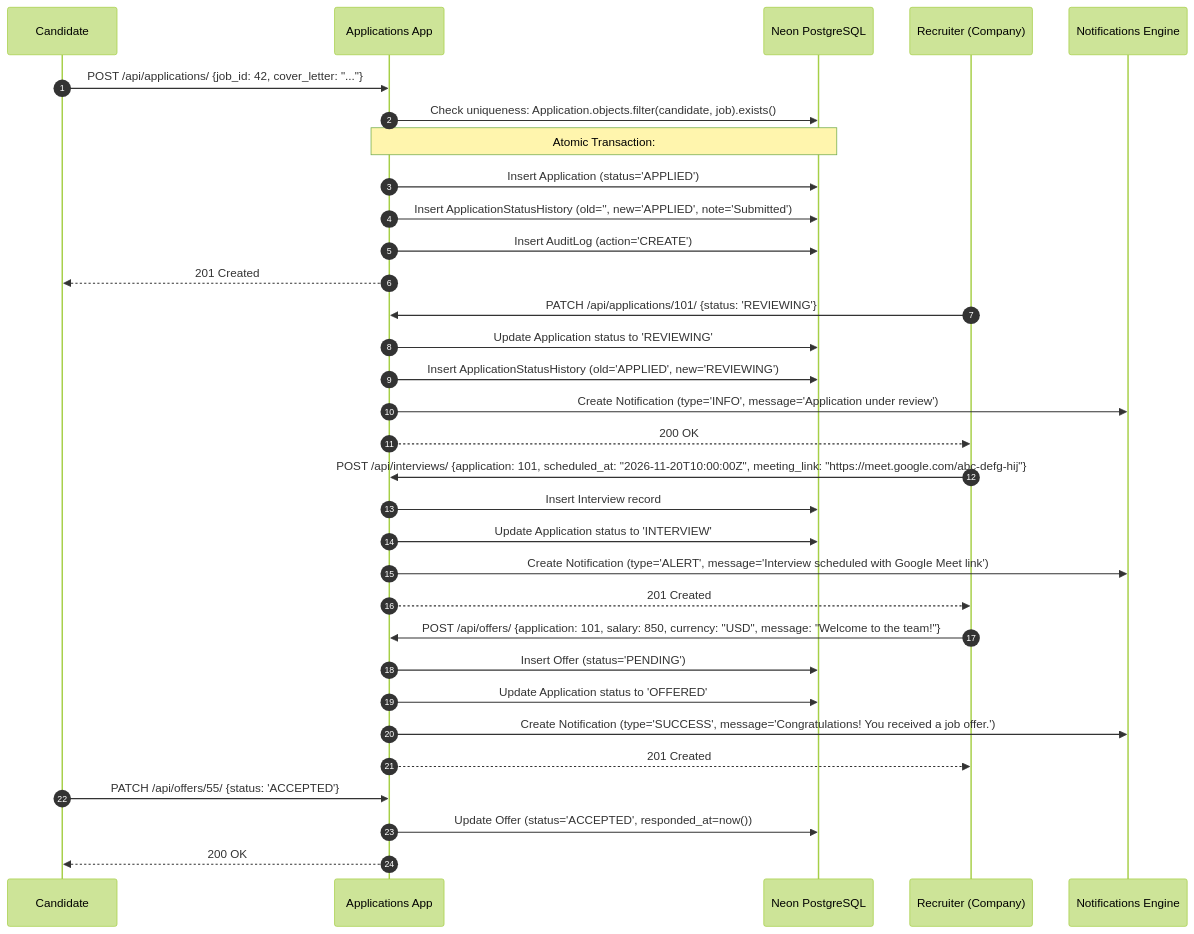
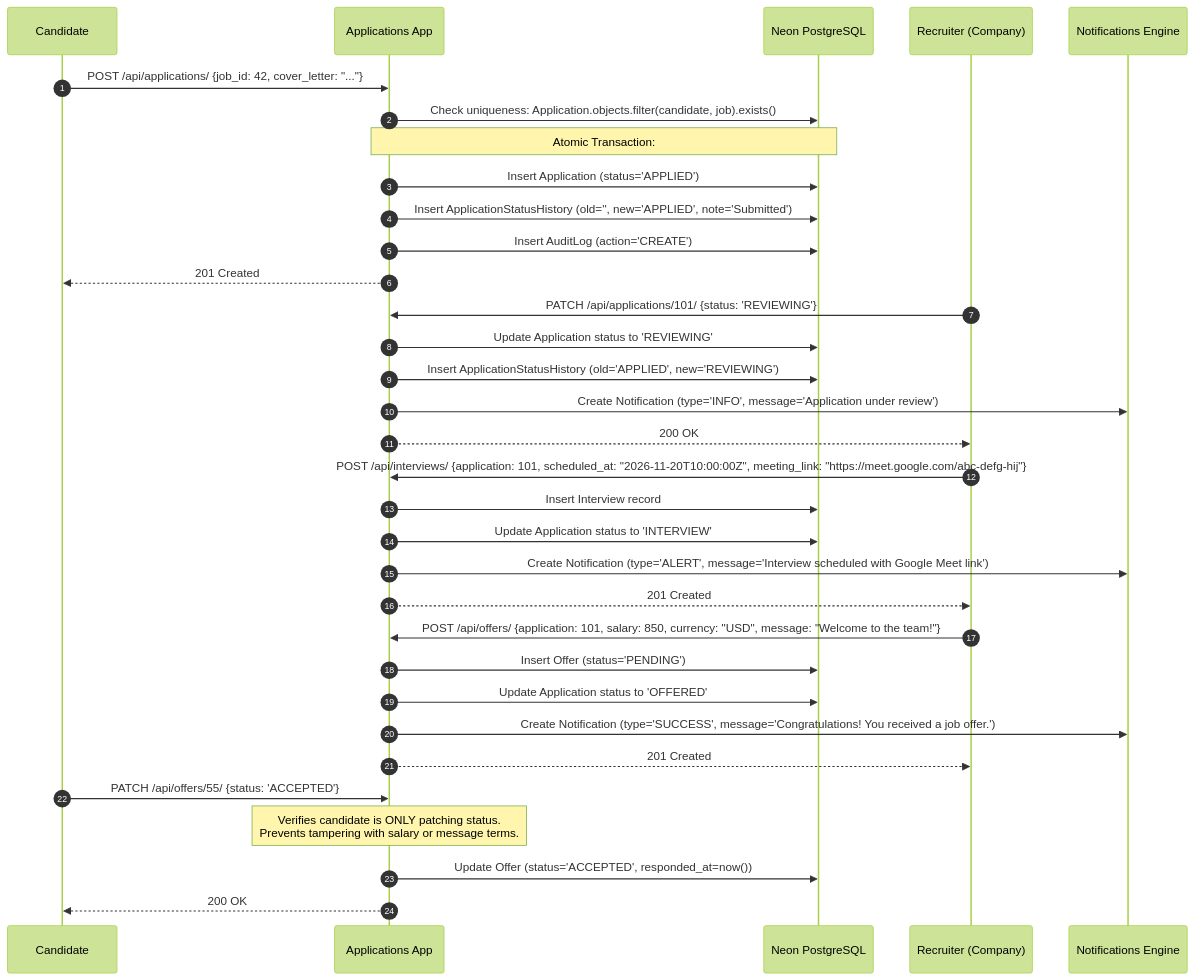
One commit to Laykimhoung/careerlens changed the fifth of 11 diagrams in docs/SYSTEM_FLOWS.md. Above: the diagram before and after it, drawn with Mermaid (forest theme). The commit also changed other lines of this file and 8 other files, not shown here.

````diff
--- a/docs/SYSTEM_FLOWS.md
+++ b/docs/SYSTEM_FLOWS.md
@@ -157,44 +160,45 @@
 ```mermaid
 sequenceDiagram
     autonumber
     participant Student as Candidate
     participant API as Applications App
     participant DB as Neon PostgreSQL
     participant Recruiter as Recruiter (Company)
     participant Notif as Notifications Engine
 
     %% 1. Application Submission
     Student->>API: POST /api/applications/ {job_id: 42, cover_letter: "..."}
     API->>DB: Check uniqueness: Application.objects.filter(candidate, job).exists()
     Note over API,DB: Atomic Transaction:
     API->>DB: Insert Application (status='APPLIED')
     API->>DB: Insert ApplicationStatusHistory (old='', new='APPLIED', note='Submitted')
     API->>DB: Insert AuditLog (action='CREATE')
     API-->>Student: 201 Created
 
     %% 2. Recruiter Review & Status Update
     Recruiter->>API: PATCH /api/applications/101/ {status: 'REVIEWING'}
     API->>DB: Update Application status to 'REVIEWING'
     API->>DB: Insert ApplicationStatusHistory (old='APPLIED', new='REVIEWING')
     API->>Notif: Create Notification (type='INFO', message='Application under review')
     API-->>Recruiter: 200 OK
 
     %% 3. Interview Scheduling
     Recruiter->>API: POST /api/interviews/ {application: 101, scheduled_at: "2026-11-20T10:00:00Z", meeting_link: "https://meet.google.com/abc-defg-hij"}
     API->>DB: Insert Interview record
     API->>DB: Update Application status to 'INTERVIEW'
     API->>Notif: Create Notification (type='ALERT', message='Interview scheduled with Google Meet link')
     API-->>Recruiter: 201 Created
 
     %% 4. Offer Issuance
     Recruiter->>API: POST /api/offers/ {application: 101, salary: 850, currency: "USD", message: "Welcome to the team!"}
     API->>DB: Insert Offer (status='PENDING')
     API->>DB: Update Application status to 'OFFERED'
     API->>Notif: Create Notification (type='SUCCESS', message='Congratulations! You received a job offer.')
     API-->>Recruiter: 201 Created
 
     %% 5. Candidate Acceptance
     Student->>API: PATCH /api/offers/55/ {status: 'ACCEPTED'}
+    Note over API: Verifies candidate is ONLY patching status.<br>Prevents tampering with salary or message terms.
     API->>DB: Update Offer (status='ACCEPTED', responded_at=now())
     API-->>Student: 200 OK
 ```
````
